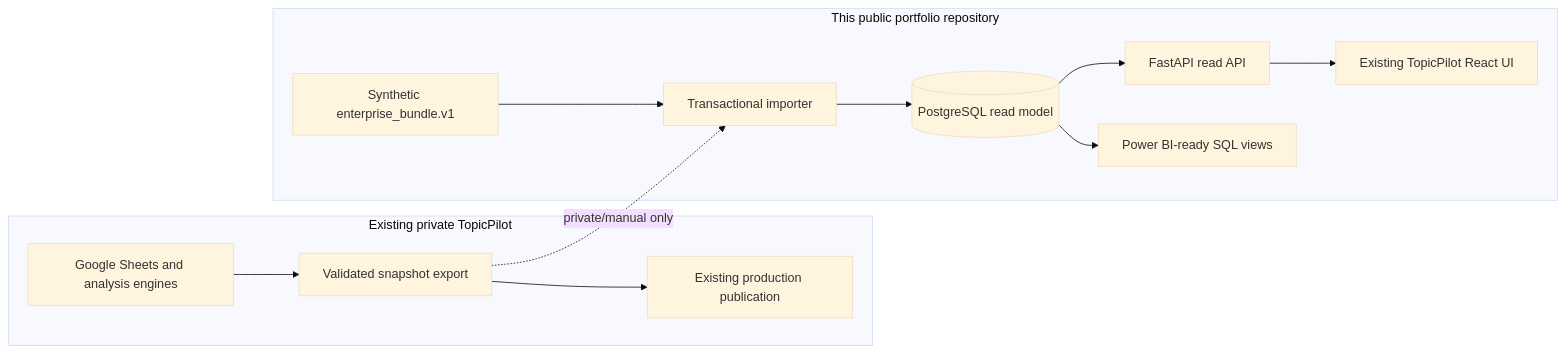
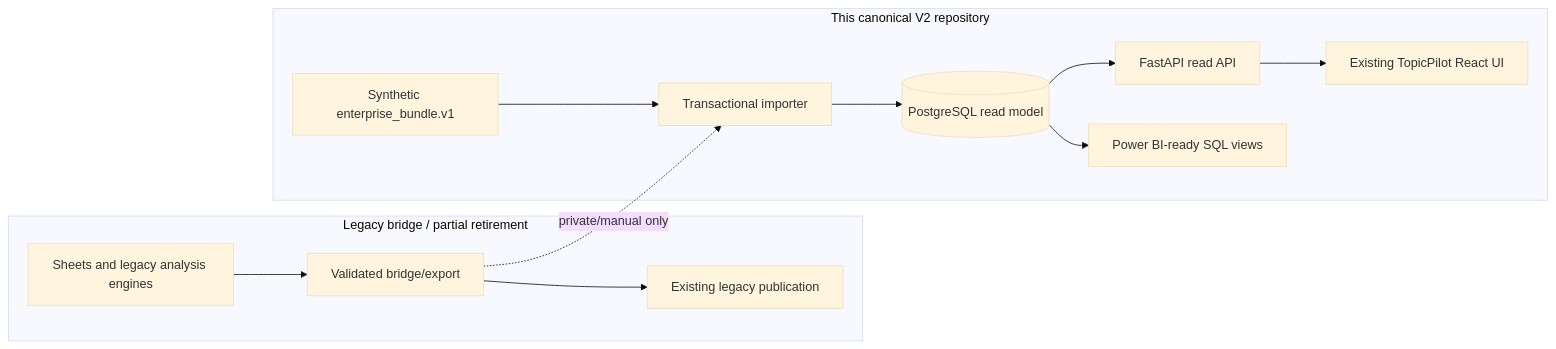
One commit to Xiezhou0828/topicpilot-platform changed the first of 2 diagrams in README.md. Above: the diagram before and after it, drawn with Mermaid (base theme). The commit also changed other lines of this file and 4 other files, not shown here.

Commit message:
docs: reset canonical project governance and roadmap

````diff
--- a/README.md
+++ b/README.md
@@ -84,16 +93,16 @@
 ```mermaid
 flowchart LR
-    subgraph private["Existing private TopicPilot"]
-      S["Google Sheets and analysis engines"] --> V["Validated snapshot export"]
-      V --> P["Existing production publication"]
+    subgraph private["Legacy bridge / partial retirement"]
+      S["Sheets and legacy analysis engines"] --> V["Validated bridge/export"]
+      V --> P["Existing legacy publication"]
     end
 
-    subgraph public["This public portfolio repository"]
+    subgraph public["This canonical V2 repository"]
       F["Synthetic enterprise_bundle.v1"] --> I["Transactional importer"]
       V -. "private/manual only" .-> I
       I --> DB[("PostgreSQL read model")]
       DB --> API["FastAPI read API"]
       API --> WEB["Existing TopicPilot React UI"]
       DB --> BI["Power BI-ready SQL views"]
     end
 ```
````
